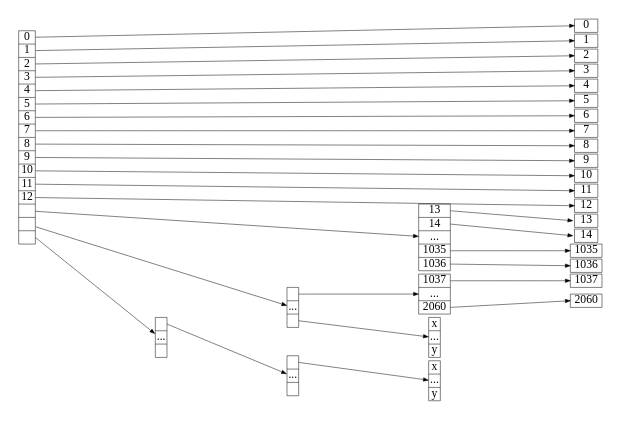
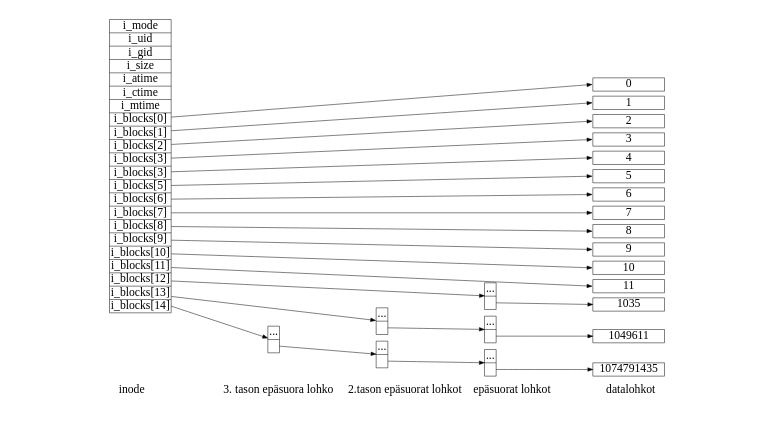
One commit to dezgeg/gradu changed the diagram in gfx/ext2-blocks.dot. Above: the diagram before and after it, drawn with Graphviz. The commit also changed 1 other file, not shown here.

Commit message:
Neat ext2 figure

```diff
--- a/gfx/ext2-blocks.dot
+++ b/gfx/ext2-blocks.dot
@@ -1,113 +1,105 @@
 digraph ext2 {
+    graph[fontsize=7,labeljust="l"];
+    label="inode                           3. tason epäsuora lohko     2.tason epäsuorat lohkot    epäsuorat lohkot                   datalohkot";
     splines = false;
     rankdir = LR;
-    nodesep = 0.02;
-    ranksep = 1.0;
+    nodesep = 0.04;
+    ranksep = 0.8;
     node[fontsize=7,width=0.0,height=0.0,margin=0.0,penwidth=0.3];
-    size = "8.0,6.0";
+    size = "0.0,0.0";
     edge[arrowsize=0.3,penwidth=0.3];
 
     // Group 1: Inode
     subgraph {
         rank = same;
-        inode [shape=record,label="<b0>0|<b1>1|<b2>2|<b3>3|<b4>4|<b5>5|<b6>6|<b7>7|<b8>8|<b9>9|<b10>10|<b11>11|<b12>12|<idp1>|<idp2>|<idp3>"];
+        inode [shape=record,fontname="Ubuntu Mono",label="i_mode|i_uid|i_gid|i_size|i_atime|i_ctime|i_mtime|<b0>i_blocks[0]|<b1>i_blocks[1]|<b2>i_blocks[2]|<b3>i_blocks[3]|<b4>i_blocks[3]|<b5>i_blocks[5]|<b6>i_blocks[6]|<b7>i_blocks[7]|<b8>i_blocks[8]|<b9>i_blocks[9]|<b10>i_blocks[10]|<b11>i_blocks[11]|<idp1>i_blocks[12]|<idp2>i_blocks[13]|<idp3>i_blocks[14]"];
     }
 
     // Group 2: Triply indirect blocks
     subgraph {
         rank = same;
-        idb3 [shape=record,label="<idp3_0>|...|<idp3_1023>"];
+        idb3 [shape=record,label="...|<last>"];
     }
 
     // Group 3: Doubly indirect blocks
     subgraph {
         rank = same;
-        idb2   [shape=record,label="<idp2_0>|...|<idp2_1023>"];
-        idb3_0 [shape=record,label="<idp2_0>|...|<idp2_1023>"];
+        idb2_2id [shape=record,label="...|<last>"];
+        idb2_3id [shape=record,label="...|<last>"];
     }
 
     // Group 4: Indirect blocks
     subgraph {
-      rank = same;
-      idb1 [shape=record,label="<b13>13|<b14>14|...|<b1035>1035|<b1036>1036"];
-      idb2_0 [shape=record,label="<b1037>1037|...|<b2060>2060"];
-      idb2_1023 [shape=record,label="x|...|y"];
-      idb3_0_0 [shape=record,label="x|...|y"];
+        rank = same;
+        idb1_1id [shape=record,label="...|<last>"];
+        idb1_2id [shape=record,label="...|<last>"];
+        idb1_3id [shape=record,label="...|<last>"];
     }
 
     // Group 5: Data blocks
     subgraph {
         rank = same;
-        node[width=0.2,height=0.0,margin=0.00];
-        b0 [shape=box,label="0"];
-        b1 [shape=box,label="1"];
-        b2 [shape=box,label="2"];
-        b3 [shape=box,label="3"];
-        b4 [shape=box,label="4"];
-        b5 [shape=box,label="5"];
-        b6 [shape=box,label="6"];
-        b7 [shape=box,label="7"];
-        b8 [shape=box,label="8"];
-        b9 [shape=box,label="9"];
-        b10 [shape=box,label="10"];
-        b11 [shape=box,label="11"];
-        b12 [shape=box,label="12"];
+        node[fontname="Ubuntu Mono",width=0.6,height=0.0,margin=0.00];
+        b_d_0 [shape=box,label="0"];
+        b_d_1 [shape=box,label="1"];
+        b_d_2 [shape=box,label="2"];
+        b_d_3 [shape=box,label="3"];
+        b_d_4 [shape=box,label="4"];
+        b_d_5 [shape=box,label="5"];
+        b_d_6 [shape=box,label="6"];
+        b_d_7 [shape=box,label="7"];
+        b_d_8 [shape=box,label="8"];
+        b_d_9 [shape=box,label="9"];
+        b_d_10 [shape=box,label="10"];
+        b_d_11 [shape=box,label="11"];
 
-        b13 [shape=box,label="13"];
-        b14 [shape=box,label="14"];
-        b1035 [shape=box,label="1035"];
-        b1036 [shape=box,label="1036"];
+        b_1id [shape=box,label="1035"];
 
-        b1037 [shape=box,label="1037"];
-        b2060 [shape=box,label="2060"];
+        b_2id [shape=box,label="1049611"];
+        b_3id [shape=box,label="1074791435"];
     }
 
     // inode -> triply indirect block connections
     inode:idp3 -> idb3;
 
     // inode -> doubly indirect block connections
-    inode:idp2 -> idb2;
+    inode:idp2 -> idb2_2id;
 
     // inode -> indirect block connections
-    inode:idp1 -> idb1;
+    inode:idp1 -> idb1_1id;
 
     // inode -> direct block connections
-    inode:b0 -> b0:w;
-    inode:b1 -> b1:w;
-    inode:b2 -> b2:w;
-    inode:b3 -> b3:w;
-    inode:b4 -> b4:w;
-    inode:b5 -> b5:w;
-    inode:b6 -> b6:w;
-    inode:b7 -> b7:w;
-    inode:b8 -> b8:w;
-    inode:b9 -> b9:w;
-    inode:b10 -> b10:w;
-    inode:b11 -> b11:w;
-    inode:b12 -> b12:w;
+    inode:b0 -> b_d_0:w;
+    inode:b1 -> b_d_1:w;
+    inode:b2 -> b_d_2:w;
+    inode:b3 -> b_d_3:w;
+    inode:b4 -> b_d_4:w;
+    inode:b5 -> b_d_5:w;
+    inode:b6 -> b_d_6:w;
+    inode:b7 -> b_d_7:w;
+    inode:b8 -> b_d_8:w;
+    inode:b9 -> b_d_9:w;
+    inode:b10 -> b_d_10:w;
+    inode:b11 -> b_d_11:w;
 
     // triply indirect block -> doubly indirect block connections
-    idb3:idp3_0 -> idb3_0;
+    idb3:last -> idb2_3id;
 
     // doubly indirect block -> indirect block connections
-    idb2:idp2_0 -> idb2_0;
-    idb2:idp2_1023 -> idb2_1023;
-    idb3_0:idp2_0 -> idb3_0_0;
+    idb2_2id:last -> idb1_2id;
+    idb2_3id:last -> idb1_3id;
+
+    // 1st indirect block -> direct block connections
+    idb1_1id:last -> b_1id:w;
+    idb1_2id:last -> b_2id:w;
+    idb1_3id:last -> b_3id:w;
 
     // retarded crap
-    b12:s -> b13:n [style=invis];
-    b13:s -> b14:n [style=invis];
-    b14:s -> b1035:n [style=invis];
-    b1035:s -> b1036:n [style=invis];
-    b1036:s -> b1037:n [style=invis];
-    b1037:s -> b2060:n [style=invis];
+    //b11:s   -> b12:n   [style=invis];
+    //b12:s   -> b1035:n [style=invis];
+    //b1035:s -> b1036:n [style=invis];
+    //b1036:s -> b2060:n [style=invis];
 
-    // 1st indirect block -> direct block connections
-    idb1:b13 -> b13:w;
-    idb1:b14 -> b14:w;
-    idb1:b1035 -> b1035:w;
-    idb1:b1036 -> b1036:w;
-
-    idb2_0:b1037 -> b1037:w;
-    idb2_0:b2060 -> b2060:w;
+    //idb1:s -> idb2_0:n [style=invis];
+    //idb2_0:b1036:s -> idb2_1023:n [style=invis];
 }
```
